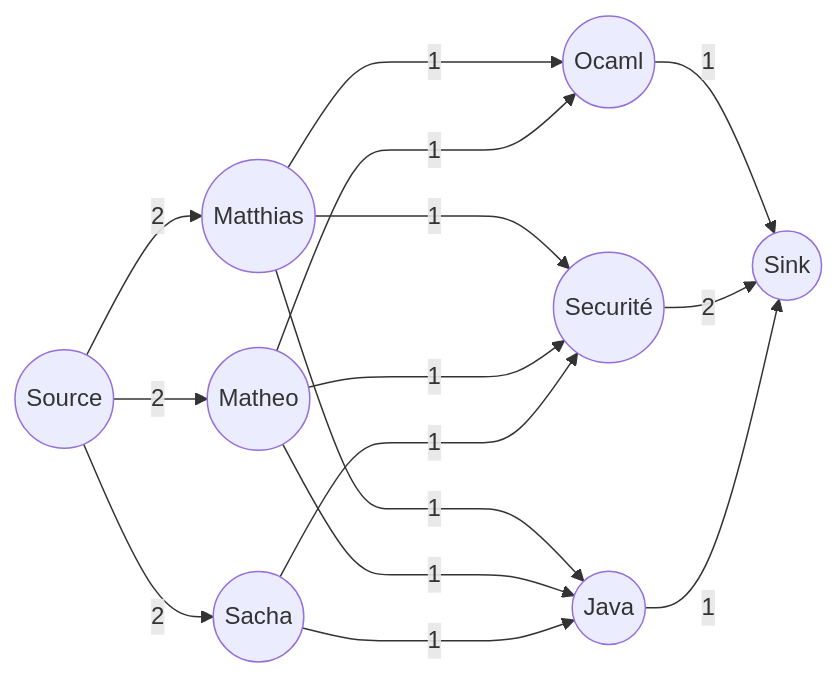
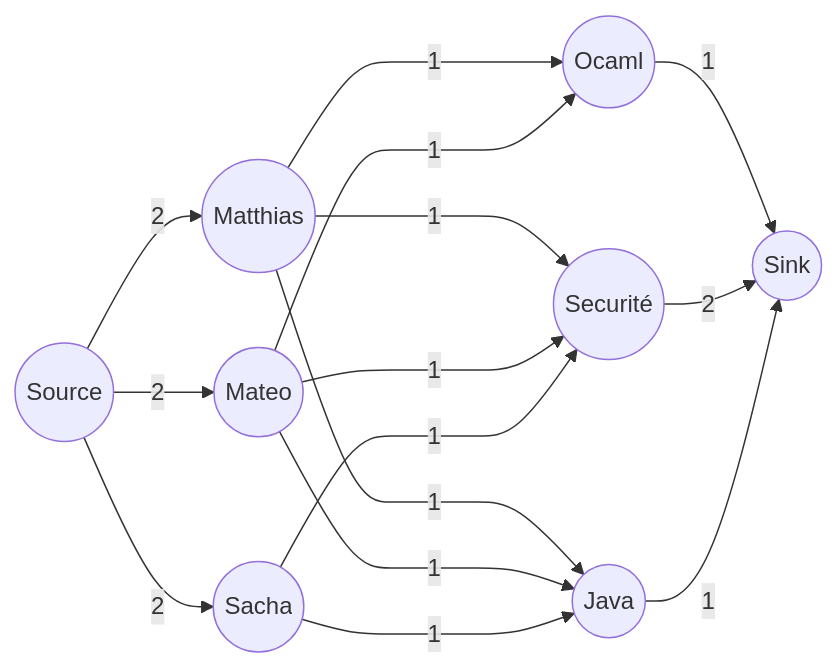
The first of 2 diagrams in README.md (matthiasgreen/ocaml-maxflow-project), drawn with Mermaid before and after one commit. The commit also changed other lines of this file and 3 other files, not shown here.

````diff
--- a/README.md
+++ b/README.md
@@ -61,35 +61,35 @@
 ```mermaid
 
 flowchart LR
     source((Source))
 
     matthias((Matthias))
-    mateo((Matheo))
+    mateo((Mateo))
     sacha((Sacha))
 
     ocaml((Ocaml))
     java((Java))
     secu((Securité))
 
     sink((Sink))
 
     source --2--> matthias
     source --2--> mateo
     source --2--> sacha
 
     matthias --1----> ocaml
     matthias --1----> secu
     matthias --1----> java
 
     mateo --1----> ocaml
     mateo --1----> secu
     mateo --1----> java
 
     sacha --1----> secu
     sacha --1----> java
 
     ocaml --1--> sink
     secu --2--> sink
     java --1--> sink
 
 ```
````
